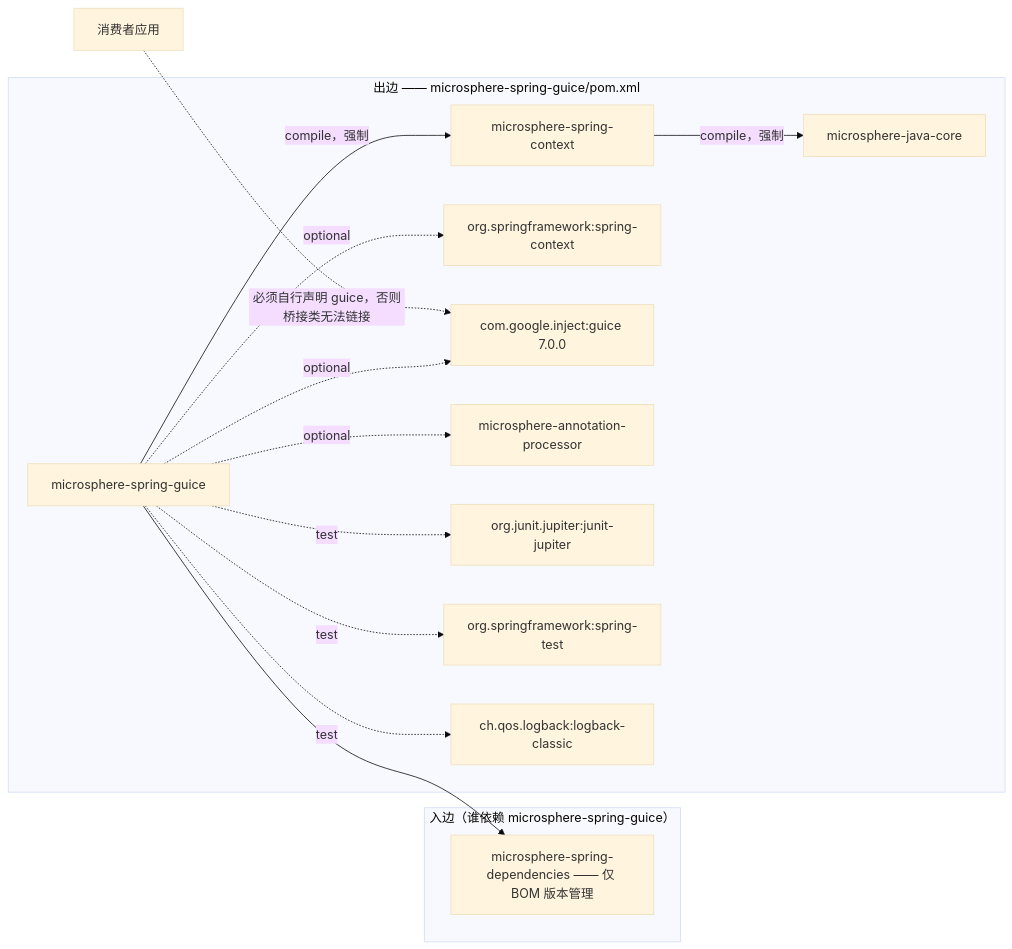
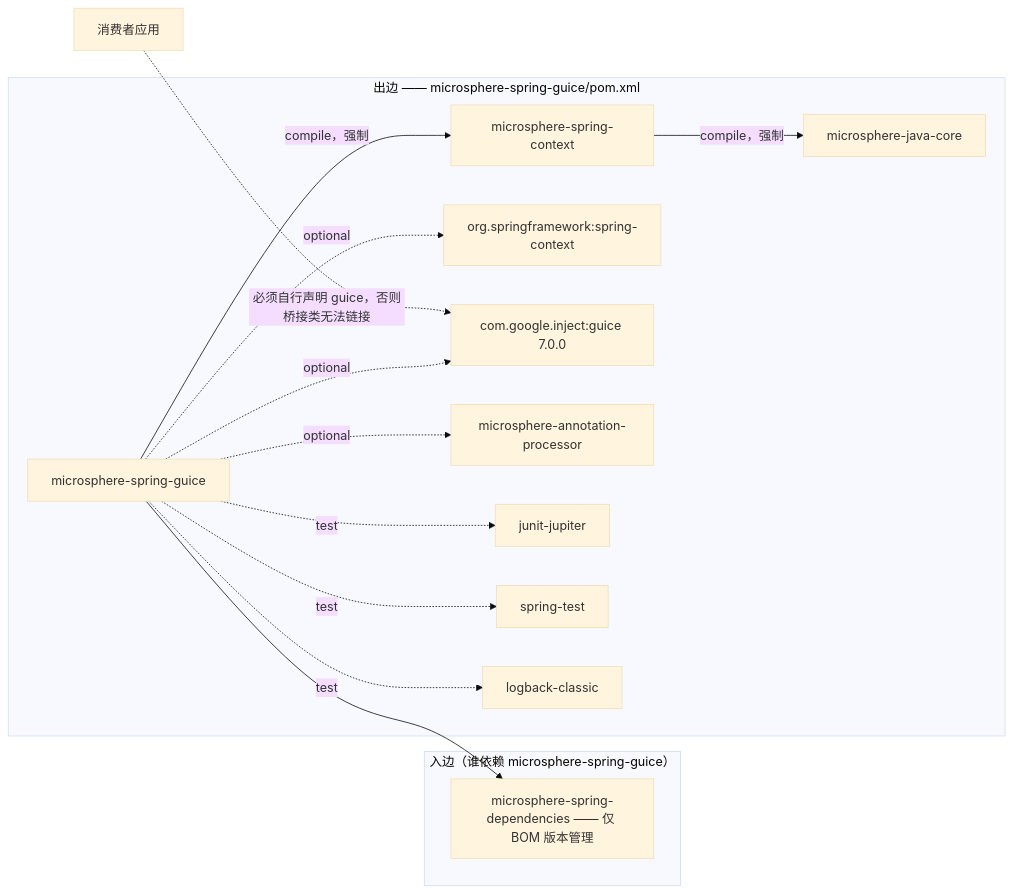
Before and after one commit to microsphere-projects/microsphere-spring: the first of 3 diagrams in docs/developer-guide/current/zh/guice.md, drawn with Mermaid (base theme). The commit also changed other lines of this file and 13 other files, not shown here.

First line of the commit message:
Add microsphere-spring-test dev guides

````diff
--- a/docs/developer-guide/current/zh/guice.md
+++ b/docs/developer-guide/current/zh/guice.md
@@ -29,18 +23,18 @@
 ```mermaid
 flowchart LR
     subgraph IN["入边（谁依赖 microsphere-spring-guice）"]
         BOM["microsphere-spring-dependencies —— 仅 BOM 版本管理"]
     end
     GU["microsphere-spring-guice"] --> BOM
     subgraph OUT["出边 —— microsphere-spring-guice/pom.xml"]
         GU -->|compile，强制| CTX["microsphere-spring-context"]
         CTX -->|compile，强制| JCO["microsphere-java-core"]
         GU -.optional.-> SC["org.springframework:spring-context"]
         GU -.optional.-> GUI["com.google.inject:guice 7.0.0"]
         GU -.optional.-> AP["microsphere-annotation-processor"]
-        GU -.test.-> JJ["org.junit.jupiter:junit-jupiter"]
-        GU -.test.-> ST["org.springframework:spring-test"]
-        GU -.test.-> LB["ch.qos.logback:logback-classic"]
+        GU -.test.-> JJ["junit-jupiter"]
+        GU -.test.-> ST["spring-test"]
+        GU -.test.-> LB["logback-classic"]
     end
     APP["消费者应用"] -.->|"必须自行声明 guice，否则桥接类无法链接"| GUI
 ```
````
